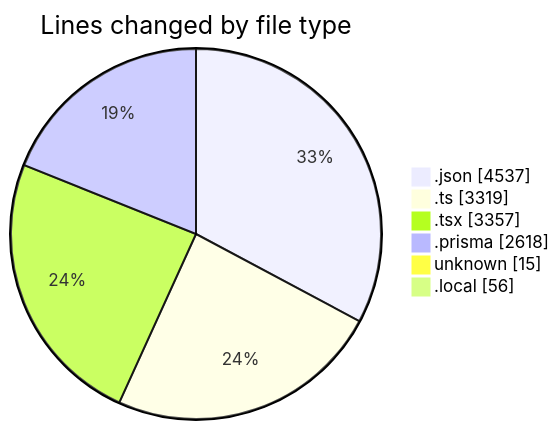
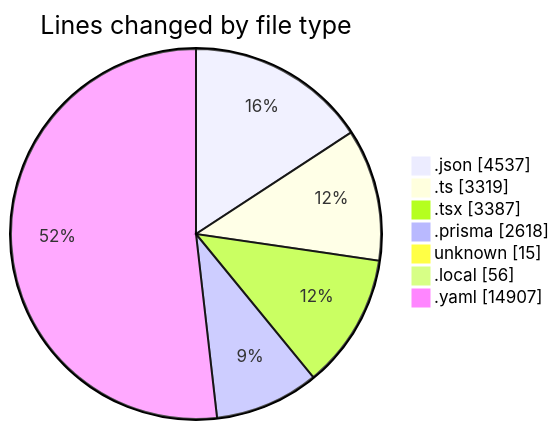
Before and after one commit to CELIANVF/code-tracking: the first of 2 diagrams in 2025-05-15/ecodeli-1/README.md, drawn with Mermaid. The commit also changed other lines of this file and 1 other file, not shown here.

````diff
--- a/2025-05-15/ecodeli-1/README.md
+++ b/2025-05-15/ecodeli-1/README.md
@@ -45,10 +47,11 @@
 ```mermaid
 pie showData
 title Lines changed by file type
 ".json" : 4537
 ".ts" : 3319
-".tsx" : 3357
+".tsx" : 3387
 ".prisma" : 2618
 "unknown" : 15
 ".local" : 56
+".yaml" : 14907
 ```
````
